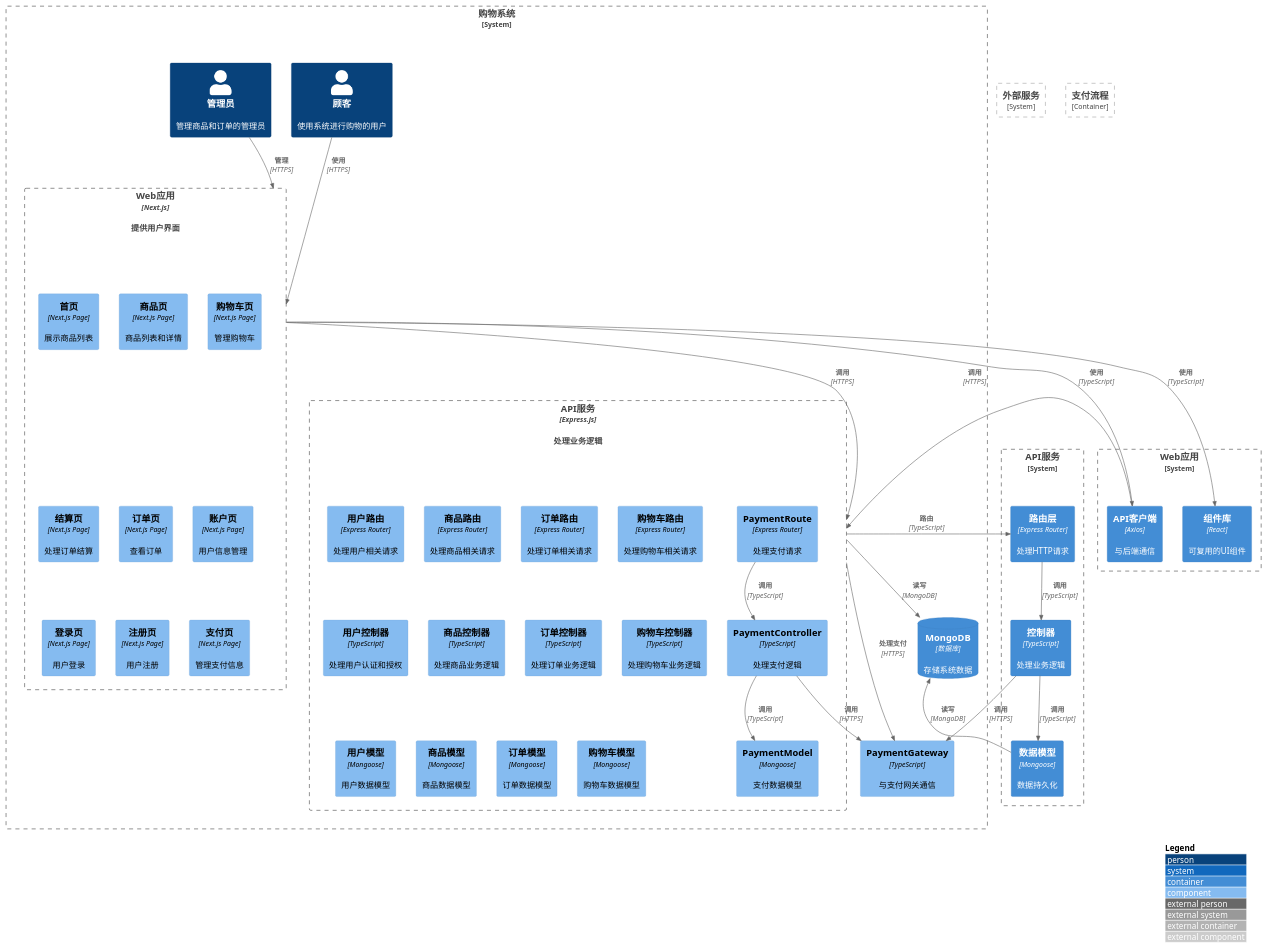
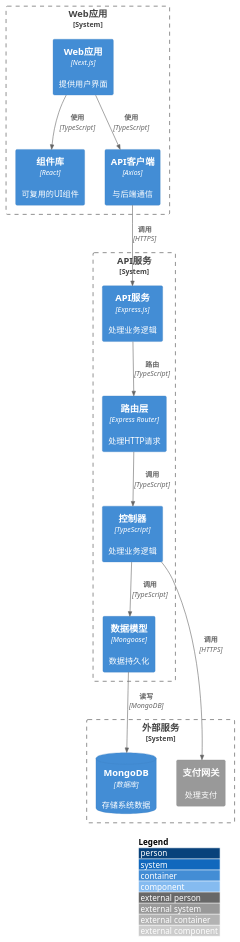
The diagram in docs/architecture/c4-container.puml (felixzhu97/shopping-system-public), drawn with PlantUML before and after one commit. The commit also changed 10 other files, not shown here.

Commit message:
docs: 更新系统架构图，添加 C4 模型的上下文图、容器图、组件图和支付流程图，删除旧的 C4 模型文件

```diff
--- a/docs/architecture/c4-container.puml
+++ b/docs/architecture/c4-container.puml
@@ -1,100 +1,36 @@
 @startuml
 !include ./c4-plantuml/C4_Context.puml
 !include ./c4-plantuml//C4_Container.puml
 !include ./c4-plantuml//C4_Component.puml
 
 LAYOUT_WITH_LEGEND()
-
-' 系统上下文图
-System_Boundary(system, "购物系统") {
-    Person(customer, "顾客", "使用系统进行购物的用户")
-    Person(admin, "管理员", "管理商品和订单的管理员")
-
-    System(web_app, "Web应用", "基于Next.js的前端应用")
-    System(api, "API服务", "基于Express.js的后端API服务")
-    SystemDb(db, "MongoDB数据库", "存储系统数据")
-    System_Ext(payment_gateway, "支付网关", "处理支付交易")
-}
-
-Rel(customer, web_app, "使用", "HTTPS")
-Rel(admin, web_app, "管理", "HTTPS")
-Rel(web_app, api, "调用", "HTTPS")
-Rel(api, db, "读写", "MongoDB")
-Rel(api, payment_gateway, "处理支付", "HTTPS")
 
 ' 容器图
 System_Boundary(web_app_boundary, "Web应用") {
     Container(web_app, "Web应用", "Next.js", "提供用户界面")
     Container(components, "组件库", "React", "可复用的UI组件")
     Container(api_client, "API客户端", "Axios", "与后端通信")
 }
 
 System_Boundary(api_boundary, "API服务") {
     Container(api, "API服务", "Express.js", "处理业务逻辑")
     Container(routes, "路由层", "Express Router", "处理HTTP请求")
     Container(controllers, "控制器", "TypeScript", "处理业务逻辑")
     Container(models, "数据模型", "Mongoose", "数据持久化")
 }
 
 System_Boundary(external_boundary, "外部服务") {
     ContainerDb(db, "MongoDB", "数据库", "存储系统数据")
     System_Ext(payment_gateway, "支付网关", "处理支付")
 }
 
 Rel(web_app, components, "使用", "TypeScript")
 Rel(web_app, api_client, "使用", "TypeScript")
 Rel(api_client, api, "调用", "HTTPS")
 Rel(api, routes, "路由", "TypeScript")
 Rel(routes, controllers, "调用", "TypeScript")
 Rel(controllers, models, "调用", "TypeScript")
 Rel(models, db, "读写", "MongoDB")
 Rel(controllers, payment_gateway, "调用", "HTTPS")
 
-' 组件图 - Web应用
-Container_Boundary(web_app, "Web应用") {
-    Component(home_page, "首页", "Next.js Page", "展示商品列表")
-    Component(products_page, "商品页", "Next.js Page", "商品列表和详情")
-    Component(cart_page, "购物车页", "Next.js Page", "管理购物车")
-    Component(checkout_page, "结算页", "Next.js Page", "处理订单结算")
-    Component(orders_page, "订单页", "Next.js Page", "查看订单")
-    Component(account_page, "账户页", "Next.js Page", "用户信息管理")
-    Component(login_page, "登录页", "Next.js Page", "用户登录")
-    Component(register_page, "注册页", "Next.js Page", "用户注册")
-    Component(payment_page, "支付页", "Next.js Page", "管理支付信息")
-}
-
-' 组件图 - API服务
-Container_Boundary(api, "API服务") {
-    Component(users_route, "用户路由", "Express Router", "处理用户相关请求")
-    Component(products_route, "商品路由", "Express Router", "处理商品相关请求")
-    Component(orders_route, "订单路由", "Express Router", "处理订单相关请求")
-    Component(cart_route, "购物车路由", "Express Router", "处理购物车相关请求")
-    Component(payment_route, "支付路由", "Express Router", "处理支付相关请求")
-
-    Component(user_controller, "用户控制器", "TypeScript", "处理用户认证和授权")
-    Component(product_controller, "商品控制器", "TypeScript", "处理商品业务逻辑")
-    Component(order_controller, "订单控制器", "TypeScript", "处理订单业务逻辑")
-    Component(cart_controller, "购物车控制器", "TypeScript", "处理购物车业务逻辑")
-    Component(payment_controller, "支付控制器", "TypeScript", "处理支付业务逻辑")
-
-    Component(user_model, "用户模型", "Mongoose", "用户数据模型")
-    Component(product_model, "商品模型", "Mongoose", "商品数据模型")
-    Component(order_model, "订单模型", "Mongoose", "订单数据模型")
-    Component(cart_model, "购物车模型", "Mongoose", "购物车数据模型")
-    Component(payment_model, "支付模型", "Mongoose", "支付数据模型")
-}
-
-' 代码图 - 支付流程
-Container_Boundary(payment_flow, "支付流程") {
-    Component(payment_route, "PaymentRoute", "Express Router", "处理支付请求")
-    Component(payment_controller, "PaymentController", "TypeScript", "处理支付逻辑")
-    Component(payment_model, "PaymentModel", "Mongoose", "支付数据模型")
-    Component(payment_gateway, "PaymentGateway", "TypeScript", "与支付网关通信")
-}
-
-Rel(payment_route, payment_controller, "调用", "TypeScript")
-Rel(payment_controller, payment_model, "调用", "TypeScript")
-Rel(payment_controller, payment_gateway, "调用", "HTTPS")
-
-
 @enduml
```
